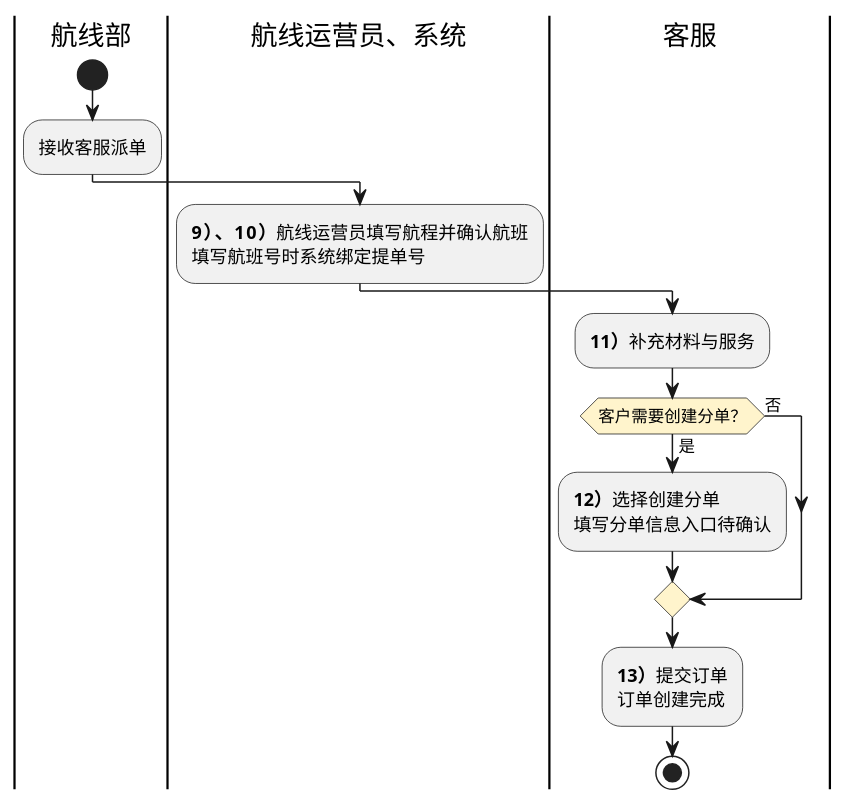
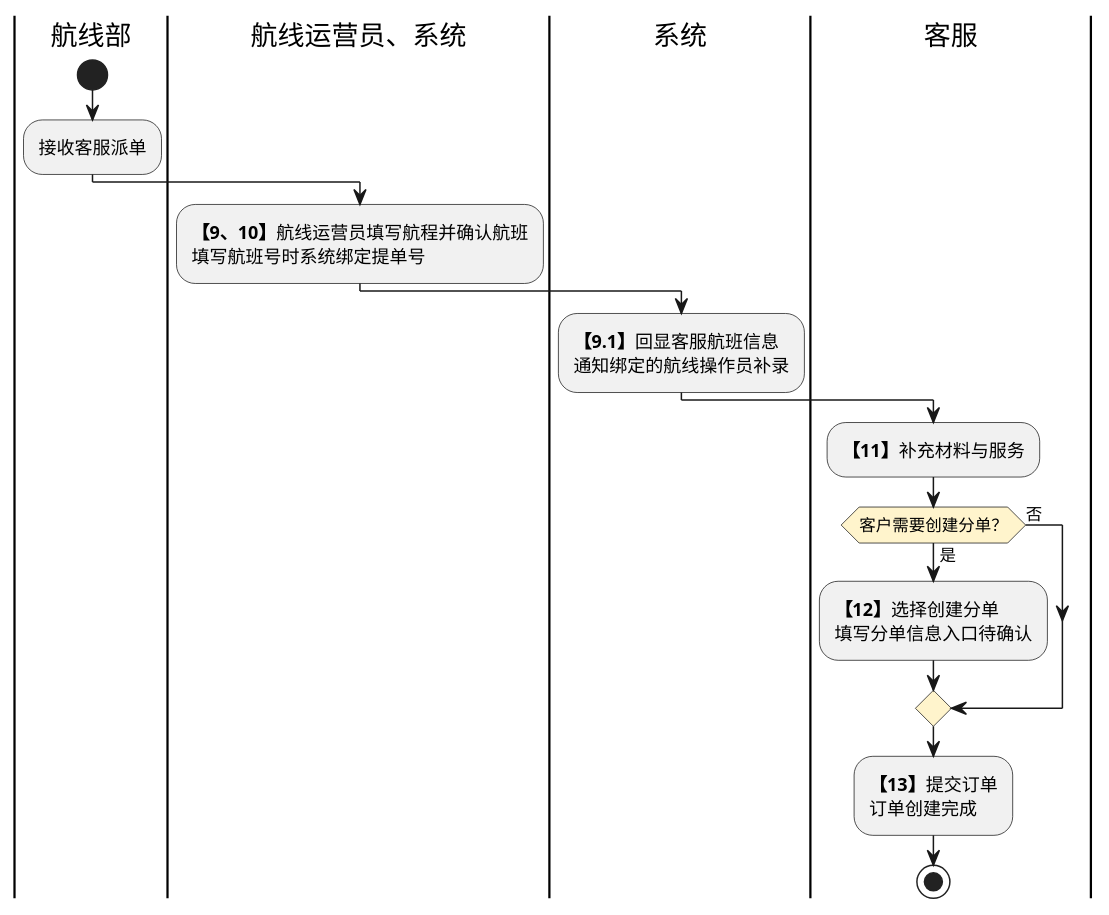
One commit to jack888332/projects-doc changed the second of 9 diagrams in product-caliber/goldjet/segmented-prd/PRD.高捷物流系统一期.第009篇.空运-订单创建.5029269CA8.md. Above: the diagram before and after it, drawn with PlantUML. The commit also changed other lines of this file and 12 other files, not shown here.

Commit message:
完善DSL图

````diff
--- a/product-caliber/goldjet/segmented-prd/PRD.高捷物流系统一期.第009篇.空运-订单创建.5029269CA8.md
+++ b/product-caliber/goldjet/segmented-prd/PRD.高捷物流系统一期.第009篇.空运-订单创建.5029269CA8.md
@@ -102,18 +104,20 @@
 ```plantuml
 @startuml goldjet-009-order-supplement
 skinparam activityDiamondBackgroundColor #FFF4CC
 |航线部|
 start
 :接收客服派单;
 |航线运营员、系统|
-:**9）、10）**航线运营员填写航程并确认航班\n填写航班号时系统绑定提单号;
+:**【9、10】**航线运营员填写航程并确认航班\n填写航班号时系统绑定提单号;
+|系统|
+:**【9.1】**回显客服航班信息\n通知绑定的航线操作员补录;
 |客服|
-:**11）**补充材料与服务;
+:**【11】**补充材料与服务;
 if (客户需要创建分单？) then (是)
-  :**12）**选择创建分单\n填写分单信息入口待确认;
+  :**【12】**选择创建分单\n填写分单信息入口待确认;
 else (否)
 endif
-:**13）**提交订单\n订单创建完成;
+:**【13】**提交订单\n订单创建完成;
 stop
 @enduml
 ```
````
